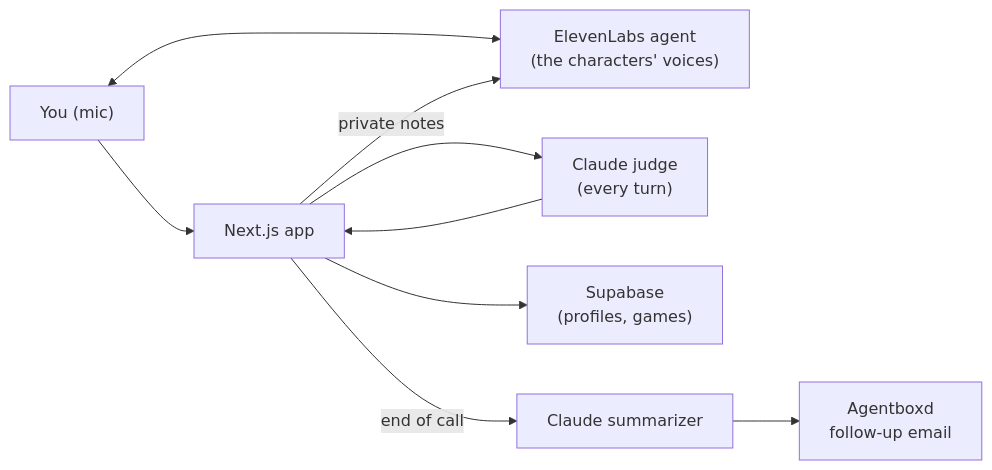
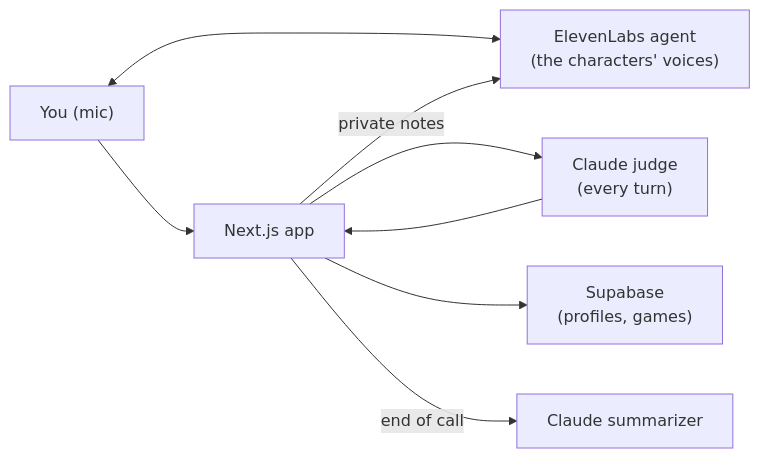
The diagram in README.md (bryanlaiwei/Suspeeches), drawn with Mermaid before and after one commit. The commit also changed other lines of this file and 113 other files, not shown here.

````diff
--- a/README.md
+++ b/README.md
@@ -32,11 +31,10 @@
 ```mermaid
 flowchart LR
   you["You (mic)"] <--> npc["ElevenLabs agent<br/>(the characters' voices)"]
   you --> app["Next.js app"]
   app --> judge["Claude judge<br/>(every turn)"]
   judge --> app
   app -- "private notes" --> npc
   app --> db["Supabase<br/>(profiles, games)"]
   app -- "end of call" --> summary["Claude summarizer"]
-  summary --> mail["Agentboxd<br/>follow-up email"]
 ```
````
